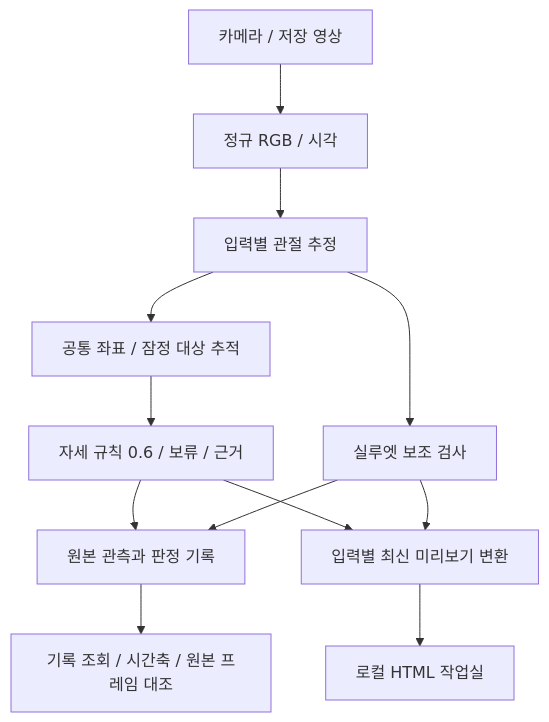
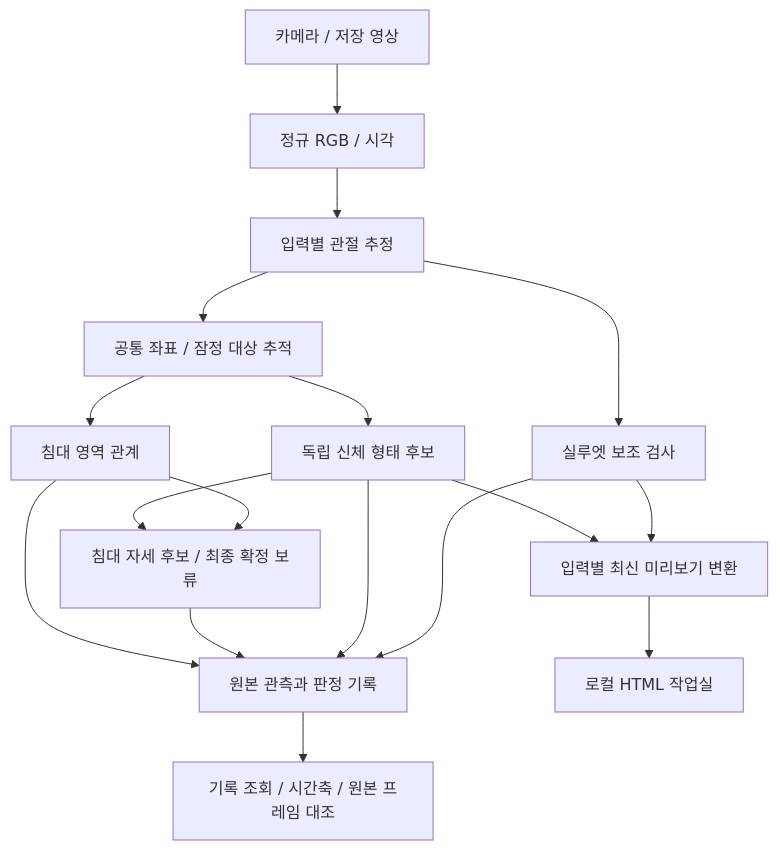
Before and after one commit to zntks1234/bed-pose-skeleton-ai: the diagram in docs/design/ARCHITECTURE.md, drawn with Mermaid. The commit also changed other lines of this file and 24 other files, not shown here.

````diff
--- a/docs/design/ARCHITECTURE.md
+++ b/docs/design/ARCHITECTURE.md
@@ -12,14 +12,19 @@
 ```mermaid
 flowchart TD
     A[카메라 / 저장 영상] --> B[정규 RGB / 시각]
     B --> C[입력별 관절 추정]
     C --> D[공통 좌표 / 잠정 대상 추적]
-    D --> E[자세 규칙 0.6 / 보류 / 근거]
+    D --> E[독립 신체 형태 후보]
+    D --> K[침대 영역 관계]
+    E --> L[침대 자세 후보 / 최종 확정 보류]
+    K --> L
+    K --> G
+    L --> G
     C --> F[실루엣 보조 검사]
     E --> G[원본 관측과 판정 기록]
     F --> G
     G --> H[기록 조회 / 시간축 / 원본 프레임 대조]
     E --> I[입력별 최신 미리보기 변환]
     F --> I
     I --> J[로컬 HTML 작업실]
 ```
````
